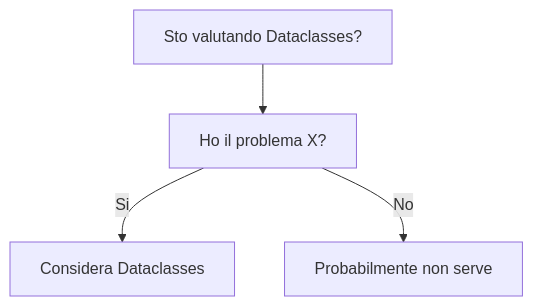
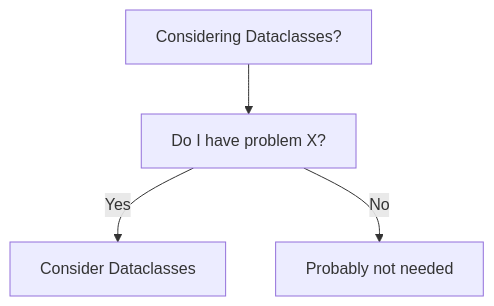
One commit to HxT9/Software-Dev-Wiki changed the diagram in dev-wiki/14_Languages/Python/Dataclasses/When_To_Use.md. Above: the diagram before and after it, drawn with Mermaid. The commit also changed other lines of this file and 3444 other files, not shown here.

````diff
--- a/dev-wiki/14_Languages/Python/Dataclasses/When_To_Use.md
+++ b/dev-wiki/14_Languages/Python/Dataclasses/When_To_Use.md
@@ -19,6 +19,6 @@
 ```mermaid
 flowchart TD
-  Q[Sto valutando Dataclasses?] --> Q1[Ho il problema X?]
-  Q1 -->|Si| OK[Considera Dataclasses]
-  Q1 -->|No| NO[Probabilmente non serve]
+  Q[Considering Dataclasses?] --> Q1[Do I have problem X?]
+  Q1 -->|Yes| OK[Consider Dataclasses]
+  Q1 -->|No| NO[Probably not needed]
 ```
````
